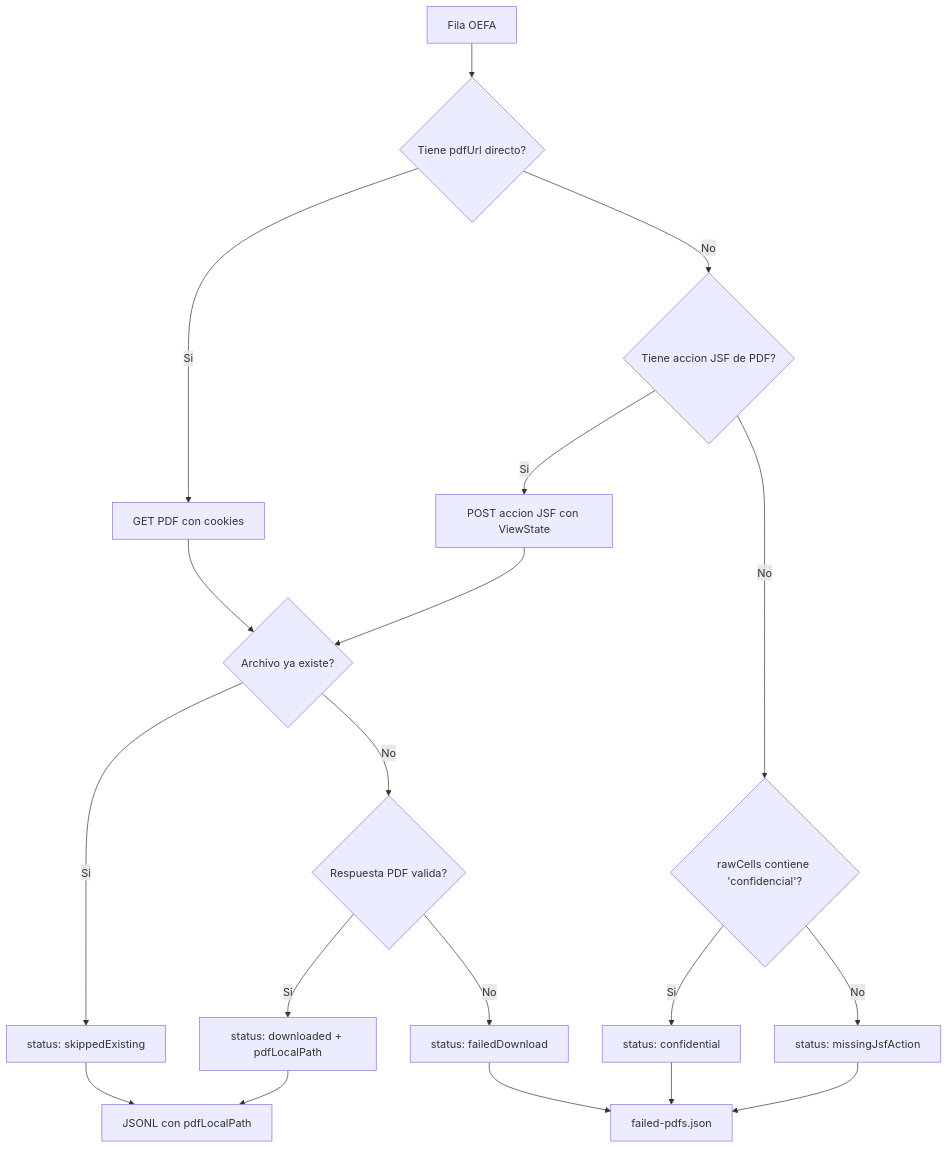
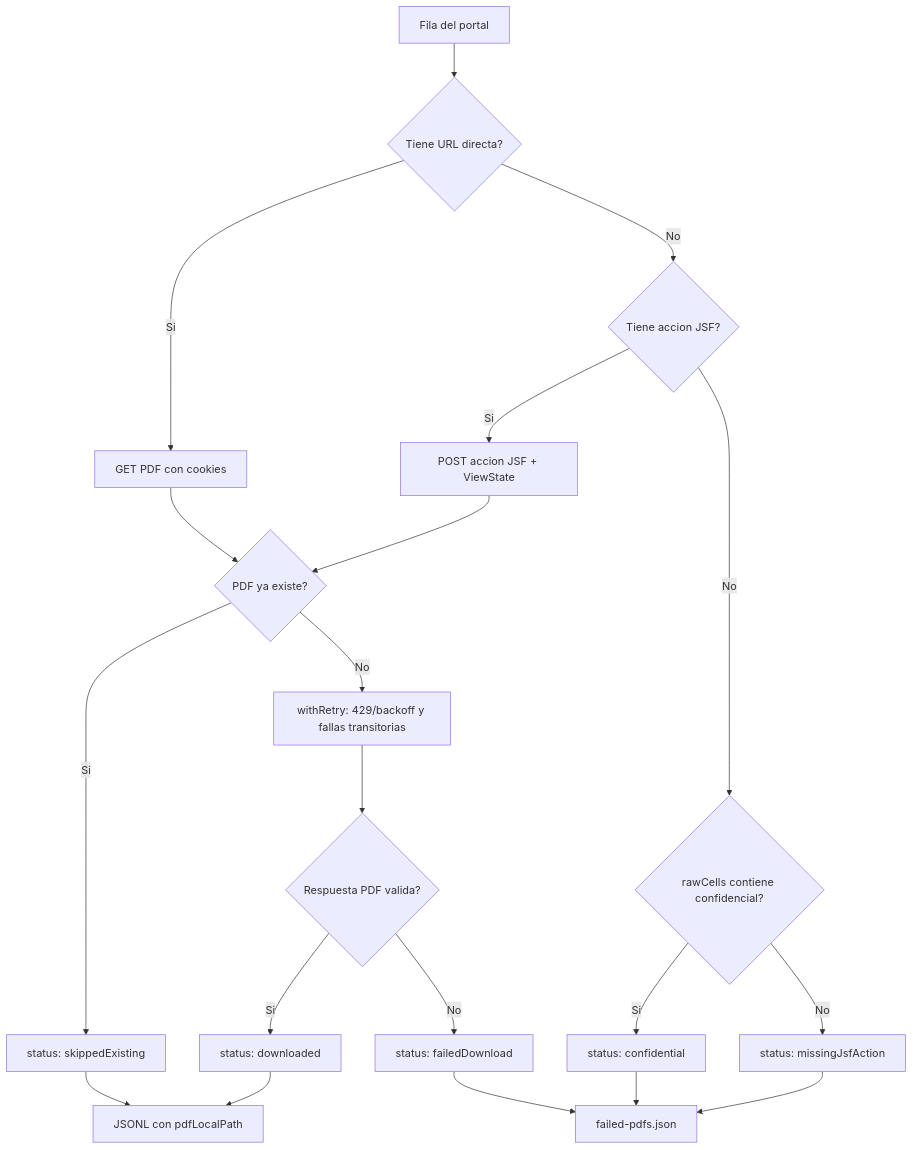
The second of 4 diagrams in README.md (GatoProgramador-01/pj-peru-scraper), drawn with Mermaid before and after one commit. The commit also changed other lines of this file, not shown here.

````diff
--- a/README.md
+++ b/README.md
@@ -172,24 +104,25 @@
 ```mermaid
 flowchart TD
-    Row["Fila OEFA"] --> HasUrl{"Tiene pdfUrl directo?"}
-    HasUrl -->|Si| Direct["GET PDF con cookies"]
-    HasUrl -->|No| HasAction{"Tiene accion JSF de PDF?"}
-    HasAction -->|Si| Action["POST accion JSF con ViewState"]
-    HasAction -->|No| Confidential{"rawCells contiene 'confidencial'?"}
+    Row["Fila del portal"] --> Url{"Tiene URL directa?"}
+    Url -->|Si| Direct["GET PDF con cookies"]
+    Url -->|No| Action{"Tiene accion JSF?"}
+    Action -->|Si| PostPdf["POST accion JSF + ViewState"]
+    Action -->|No| Conf{"rawCells contiene confidencial?"}
 
-    Confidential -->|Si| Conf["status: confidential"]
-    Confidential -->|No| Missing["status: missingJsfAction"]
+    Conf -->|Si| Confidential["status: confidential"]
+    Conf -->|No| Missing["status: missingJsfAction"]
 
-    Direct --> Exists{"Archivo ya existe?"}
-    Action --> Exists
-    Exists -->|Si| Skipped["status: skippedExisting"]
-    Exists -->|No| Save{"Respuesta PDF valida?"}
-    Save -->|Si| Downloaded["status: downloaded + pdfLocalPath"]
-    Save -->|No| Failed["status: failedDownload"]
+    Direct --> Existing{"PDF ya existe?"}
+    PostPdf --> Existing
+    Existing -->|Si| Skipped["status: skippedExisting"]
+    Existing -->|No| Retry["withRetry: 429/backoff y fallas transitorias"]
+    Retry --> PdfOk{"Respuesta PDF valida?"}
+    PdfOk -->|Si| Downloaded["status: downloaded"]
+    PdfOk -->|No| Failed["status: failedDownload"]
 
-    Conf --> FailedReport["failed-pdfs.json"]
+    Downloaded --> JSONL["JSONL con pdfLocalPath"]
+    Skipped --> JSONL
+    Confidential --> FailedReport["failed-pdfs.json"]
     Missing --> FailedReport
     Failed --> FailedReport
-    Downloaded --> JSONL["JSONL con pdfLocalPath"]
-    Skipped --> JSONL
 ```
````
